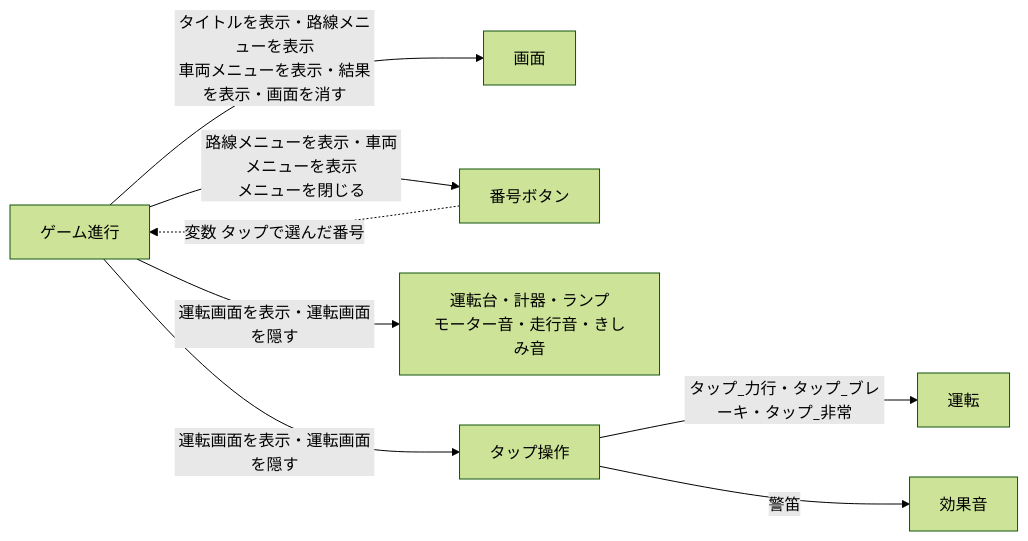
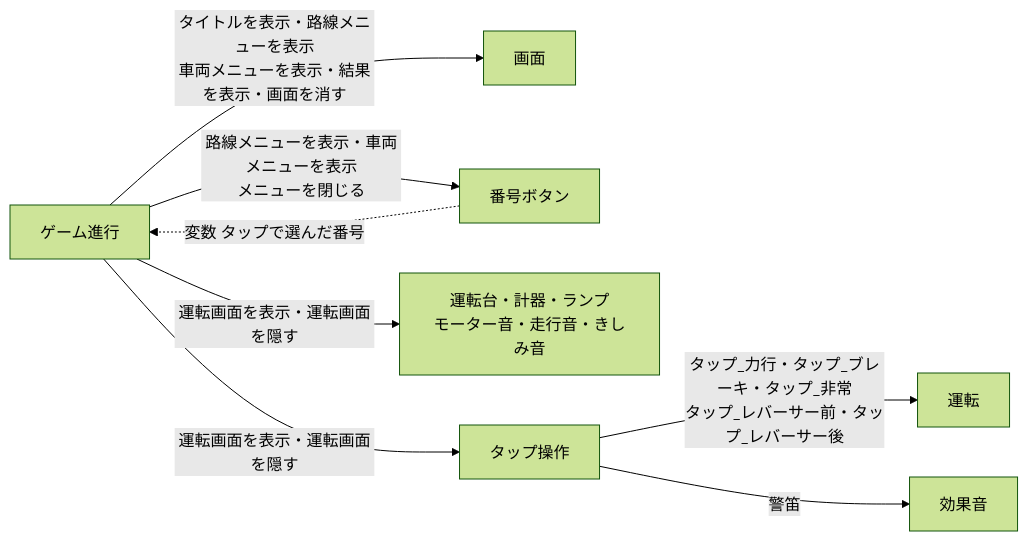
Before and after one commit to hagishun/TRAIN-GAME-TRIALE: the fourth of 10 diagrams in docs/scratch-guide.md, drawn with Mermaid (forest theme). The commit also changed other lines of this file and 63 other files, not shown here.

````diff
--- a/docs/scratch-guide.md
+++ b/docs/scratch-guide.md
@@ -266,17 +269,17 @@
 ```mermaid
 flowchart LR
   G["ゲーム進行"]
   SC["画面"]
   NB["番号ボタン"]
   DISP["運転台・計器・ランプ<br/>モーター音・走行音・きしみ音"]
   TAP["タップ操作"]
   U["運転"]
   SE["効果音"]
   G -->|"タイトルを表示・路線メニューを表示<br/>車両メニューを表示・結果を表示・画面を消す"| SC
   G -->|"路線メニューを表示・車両メニューを表示<br/>メニューを閉じる"| NB
   NB -.->|"変数 タップで選んだ番号"| G
   G -->|"運転画面を表示・運転画面を隠す"| DISP
   G -->|"運転画面を表示・運転画面を隠す"| TAP
-  TAP -->|"タップ_力行・タップ_ブレーキ・タップ_非常"| U
+  TAP -->|"タップ_力行・タップ_ブレーキ・タップ_非常<br/>タップ_レバーサー前・タップ_レバーサー後"| U
   TAP -->|"警笛"| SE
 ```
````
